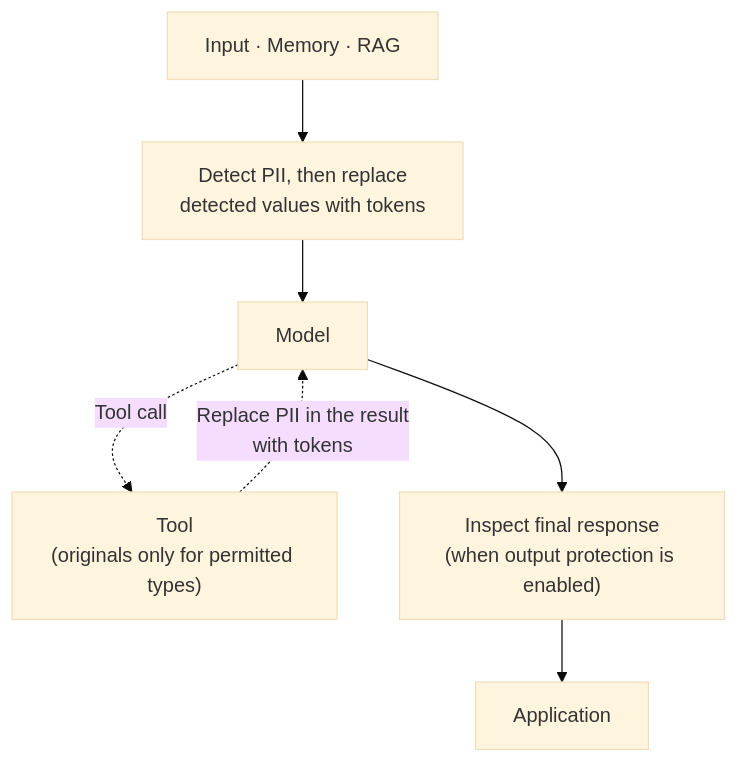
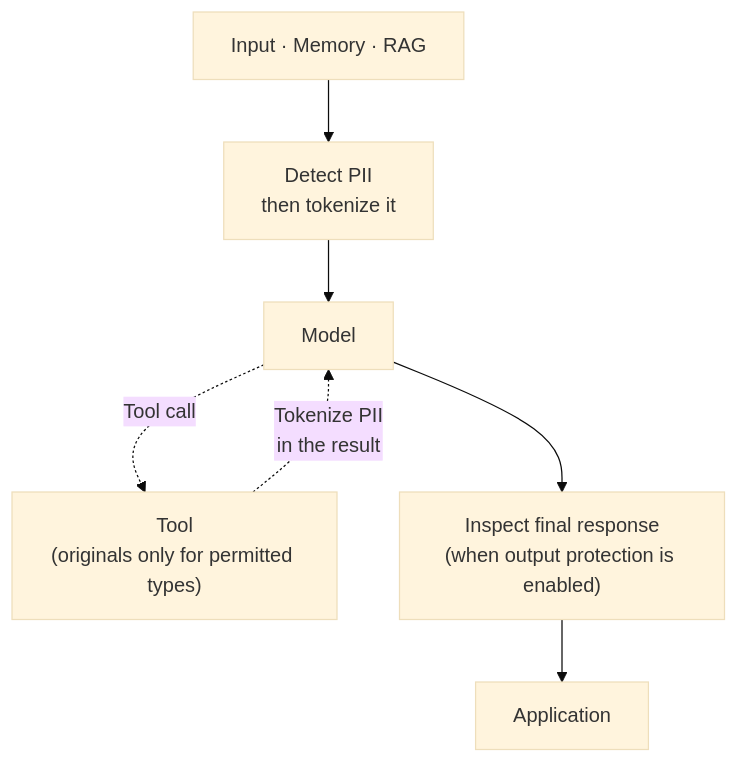
One commit to ultramancode/spring-ai-privacy-guardrails changed the diagram in README.md. Above: the diagram before and after it, drawn with Mermaid (base theme). The commit also changed other lines of this file and 33 other files, not shown here.

````diff
--- a/README.md
+++ b/README.md
@@ -51,9 +52,9 @@
 ```mermaid
 flowchart TD
-    A["Input · Memory · RAG"] --> B["Detect PII, then replace<br/>detected values with tokens"]
+    A["Input · Memory · RAG"] --> B["Detect PII<br/>then tokenize it"]
     B --> C["Model"]
     C -. "Tool call" .-> D["Tool<br/>(originals only for permitted types)"]
-    D -. "Replace PII in the result<br/>with tokens" .-> C
+    D -. "Tokenize PII<br/>in the result" .-> C
     C --> E["Inspect final response<br/>(when output protection is enabled)"]
     E --> F["Application"]
 ```
````
